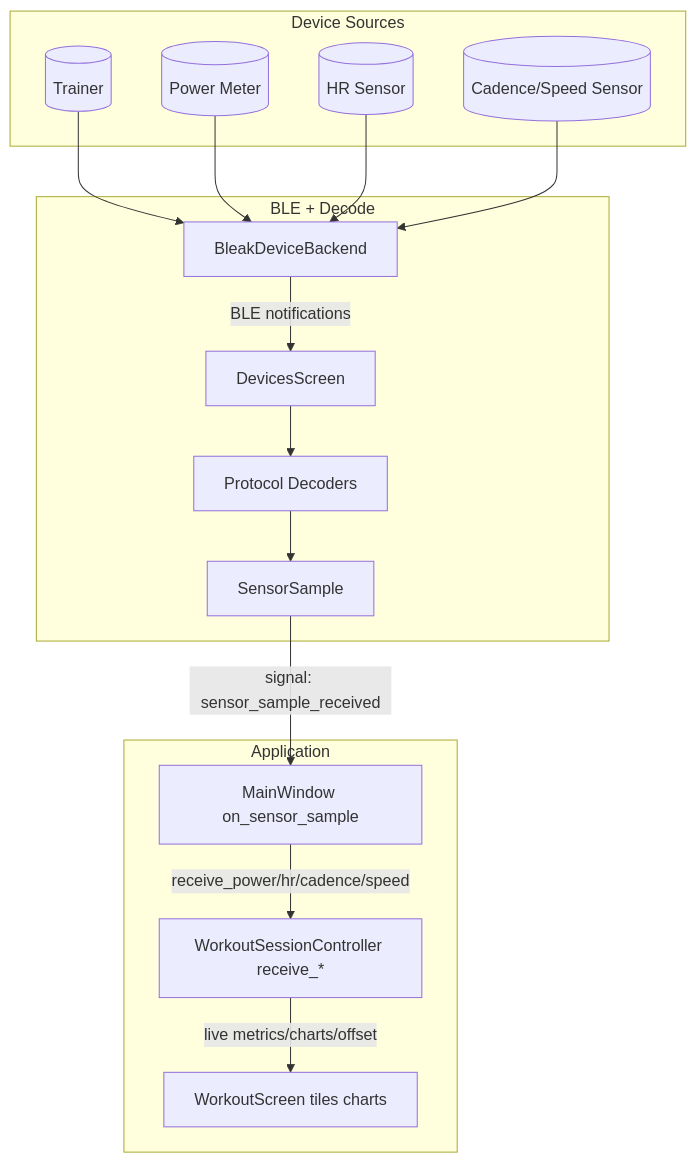
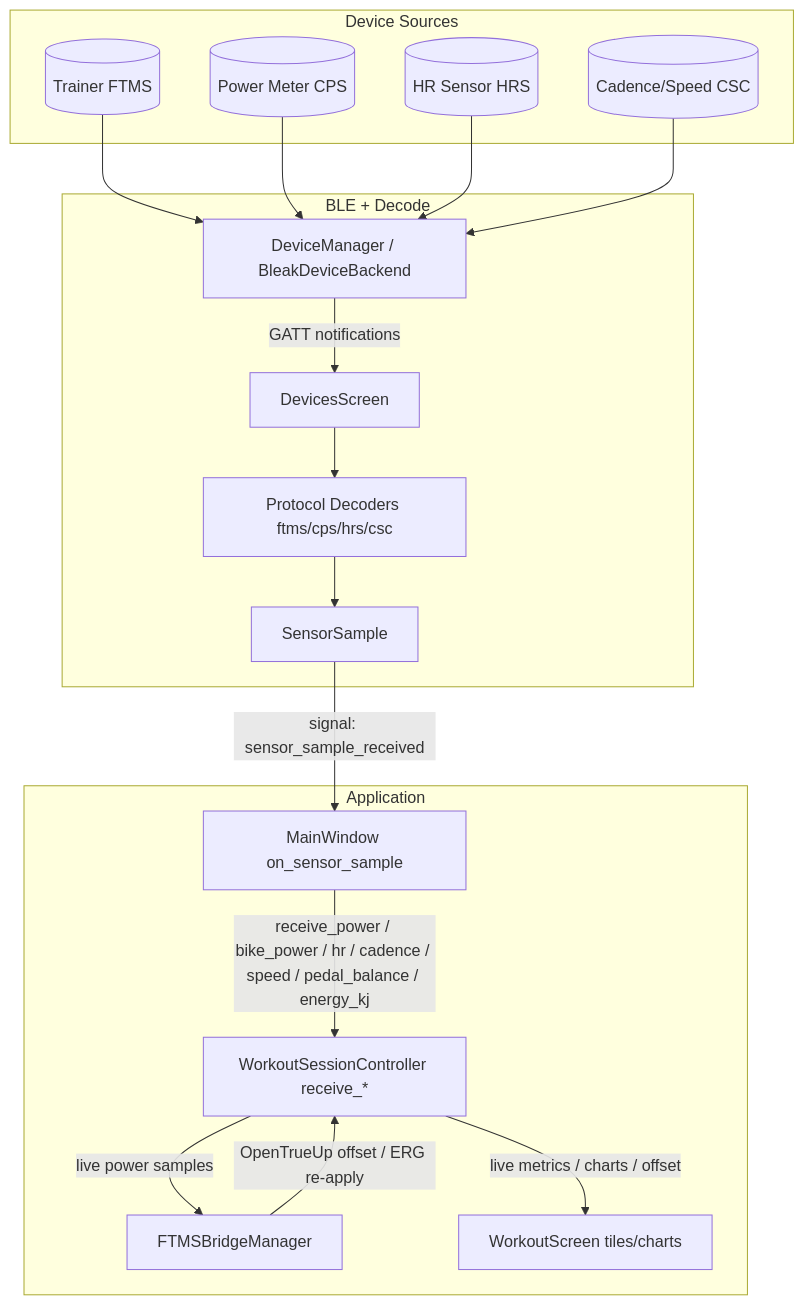
Before and after one commit to tbranyon/OpenCycleTrainer: the second of 4 diagrams in Docs/ArchitectureDiagram.md, drawn with Mermaid. The commit also changed other lines of this file and 57 other files, not shown here.

Commit message:
0.2.0 - intervals.icu upload, summary PDC in workout summary, BLE autopairing improvements, FTMS spindown calibration, custom reuseable workout blocks, mouseover details on workout charts, workout editing, improved pause handling, configurable jog persistence, toggles replacing checkboxes

````diff
--- a/Docs/ArchitectureDiagram.md
+++ b/Docs/ArchitectureDiagram.md
@@ -51,33 +60,36 @@
 ```mermaid
 flowchart TD
     subgraph Sources[Device Sources]
-        trainer[(Trainer)]
-        pm[(Power Meter)]
-        hr[(HR Sensor)]
-        csc[(Cadence/Speed Sensor)]
+        trainer[(Trainer FTMS)]
+        pm[(Power Meter CPS)]
+        hr[(HR Sensor HRS)]
+        csc[(Cadence/Speed CSC)]
     end
 
     subgraph BLEStack[BLE + Decode]
-        ble_backend[BleakDeviceBackend]
+        device_manager[DeviceManager / BleakDeviceBackend]
         devices_screen[DevicesScreen]
-        decoders[Protocol Decoders]
+        decoders[Protocol Decoders ftms/cps/hrs/csc]
         sensor_sample[SensorSample]
     end
 
     subgraph App[Application]
         main_window[MainWindow on_sensor_sample]
         controller[WorkoutSessionController receive_*]
-        workout_screen[WorkoutScreen tiles charts]
+        bridge_mgr[FTMSBridgeManager]
+        workout_screen[WorkoutScreen tiles/charts]
     end
 
-    trainer --> ble_backend
-    pm --> ble_backend
-    hr --> ble_backend
-    csc --> ble_backend
-    ble_backend -->|BLE notifications| devices_screen
+    trainer --> device_manager
+    pm --> device_manager
+    hr --> device_manager
+    csc --> device_manager
+    device_manager -->|GATT notifications| devices_screen
     devices_screen --> decoders
     decoders --> sensor_sample
     sensor_sample -->|signal: sensor_sample_received| main_window
-    main_window -->|receive_power/hr/cadence/speed| controller
-    controller -->|live metrics/charts/offset| workout_screen
+    main_window -->|receive_power / bike_power / hr / cadence / speed / pedal_balance / energy_kj| controller
+    controller -->|live power samples| bridge_mgr
+    bridge_mgr -->|OpenTrueUp offset / ERG re-apply| controller
+    controller -->|live metrics / charts / offset| workout_screen
 ```
````
